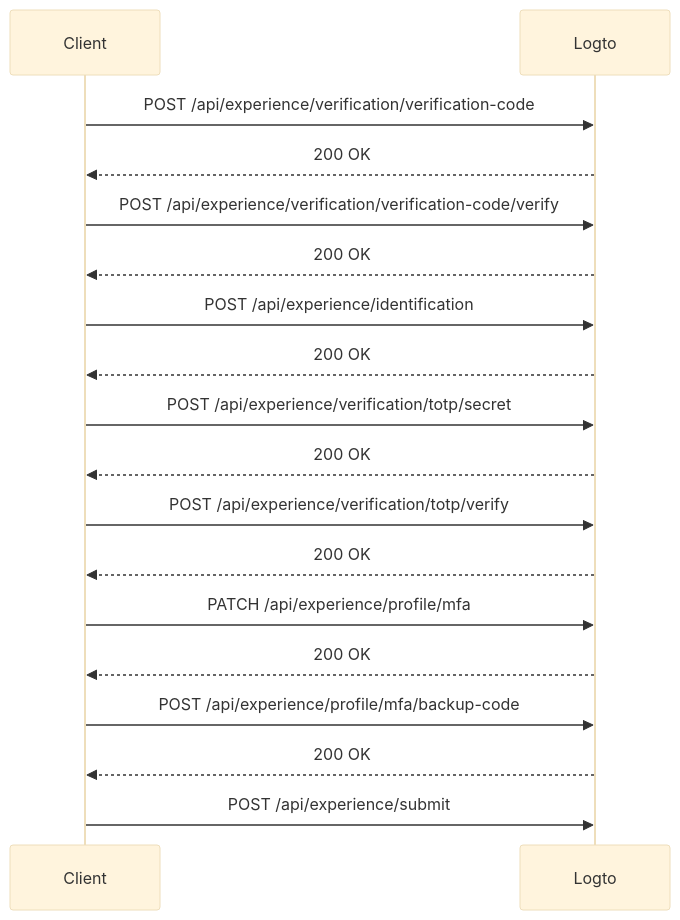
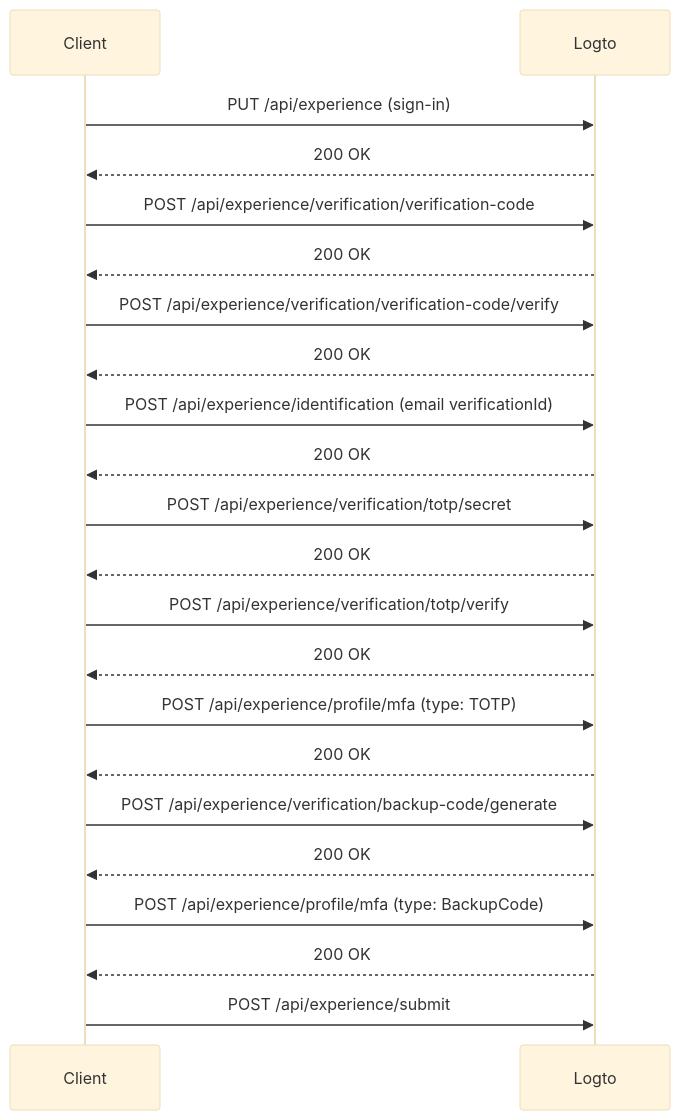
Before and after one commit to logto-io/rfcs: the ninth of 22 diagrams in draft/0004-experience-api.md, drawn with Mermaid (base theme). The commit also changed other lines of this file, not shown here.

First line of the commit message:
refactor: update experience API rfc

````diff
--- a/draft/0004-experience-api.md
+++ b/draft/0004-experience-api.md
@@ -696,21 +726,25 @@
 ```mermaid
 sequenceDiagram
     participant C as Client
     participant L as Logto
 
+    C->>L: PUT /api/experience (sign-in)
+    L-->>C: 200 OK
     C->>L: POST /api/experience/verification/verification-code
     L-->>C: 200 OK
     C->>L: POST /api/experience/verification/verification-code/verify
     L-->>C: 200 OK
-    C->>L: POST /api/experience/identification
+    C->>L: POST /api/experience/identification (email verificationId)
     L-->>C: 200 OK
     C->>L: POST /api/experience/verification/totp/secret
     L-->>C: 200 OK
     C->>L: POST /api/experience/verification/totp/verify
     L-->>C: 200 OK
-    C->>L: PATCH /api/experience/profile/mfa
+    C->>L: POST /api/experience/profile/mfa (type: TOTP)
     L-->>C: 200 OK
-    C->>L: POST /api/experience/profile/mfa/backup-code
+    C->>L: POST /api/experience/verification/backup-code/generate
+    L-->>C: 200 OK
+    C->>L: POST /api/experience/profile/mfa (type: BackupCode)
     L-->>C: 200 OK
     C->>L: POST /api/experience/submit
 ```
````
